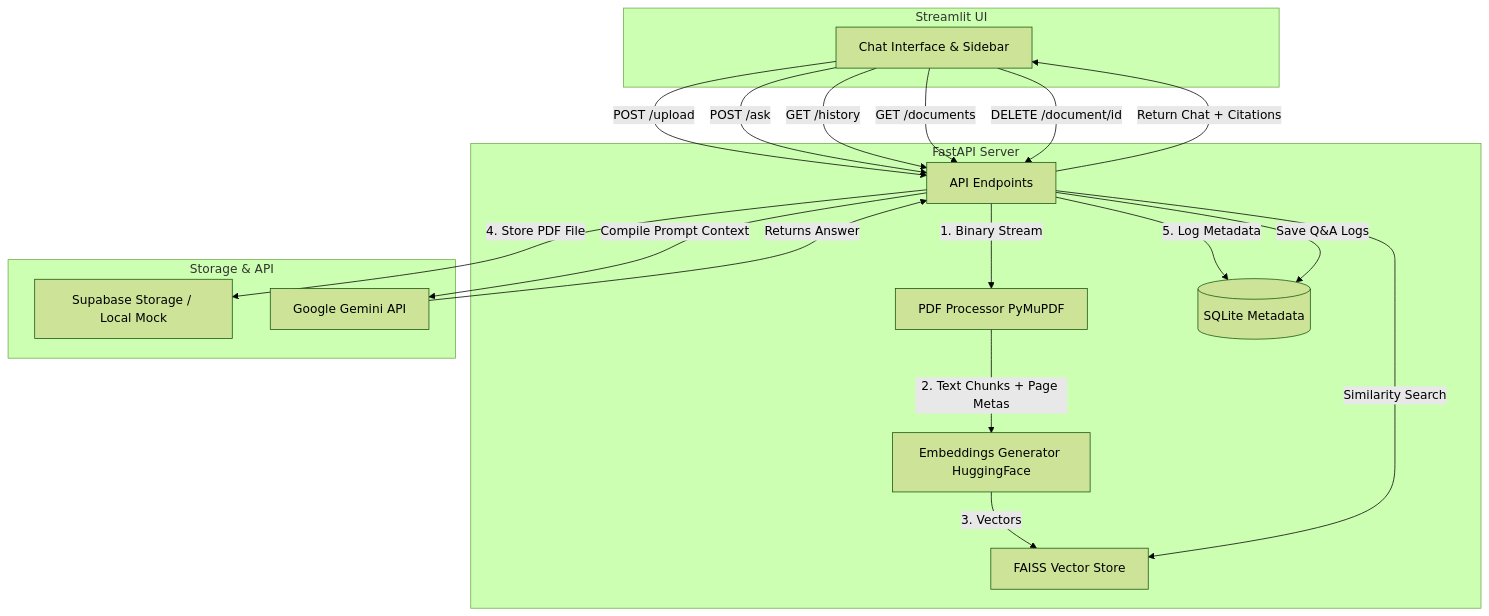
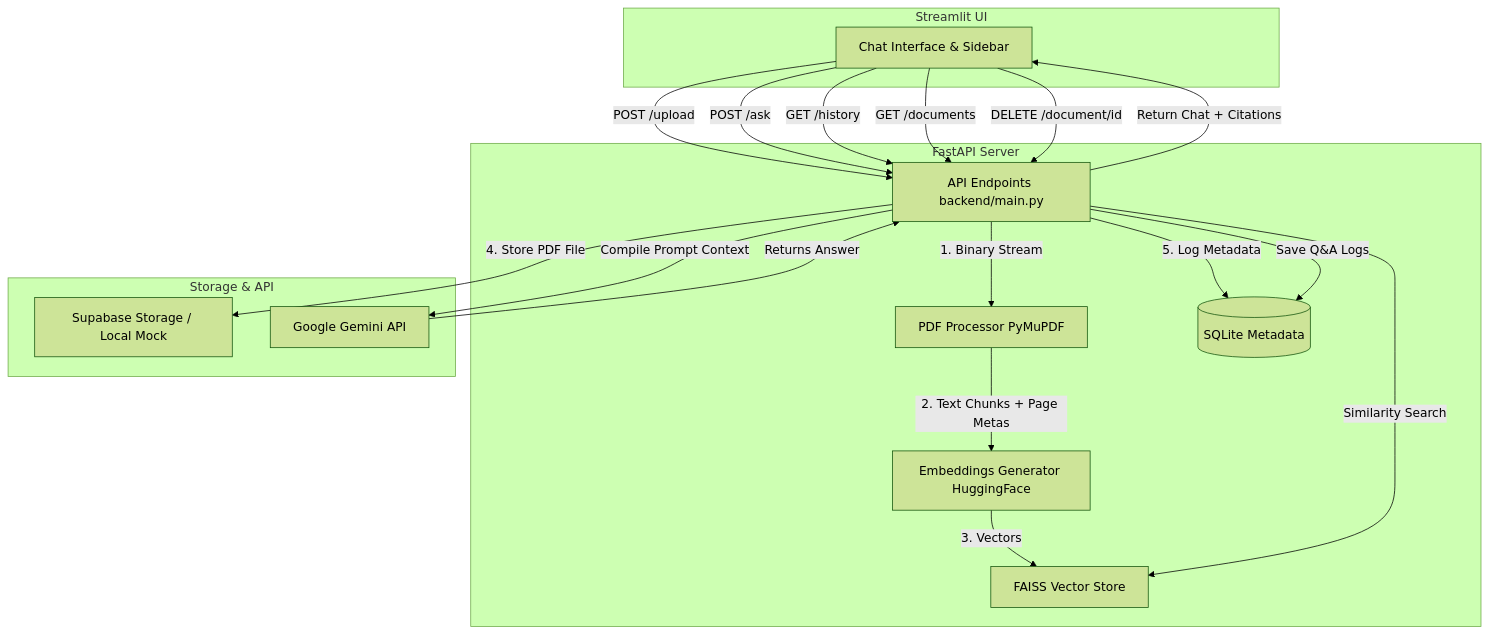
Before and after one commit to Riya-usergit/PDF-Question-Answering-Chatbot: the diagram in README.md, drawn with Mermaid (forest theme). The commit also changed other lines of this file, not shown here.

Commit message:
Update README folder structure for single-file API server

````diff
--- a/README.md
+++ b/README.md
@@ -11,37 +11,37 @@
 ```mermaid
 flowchart TD
     subgraph Frontend [Streamlit UI]
         UI[Chat Interface & Sidebar]
     end
 
     subgraph Backend [FastAPI Server]
-        API[API Endpoints]
+        API[API Endpoints backend/main.py]
         PDF[PDF Processor PyMuPDF]
         Embed[Embeddings Generator HuggingFace]
         FAISS[FAISS Vector Store]
         DB[(SQLite Metadata)]
     end
 
     subgraph External [Storage & API]
         Supabase[Supabase Storage / Local Mock]
         Gemini[Google Gemini API]
     end
 
     UI -->|POST /upload| API
     UI -->|POST /ask| API
     UI -->|GET /history| API
     UI -->|GET /documents| API
     UI -->|DELETE /document/id| API
 
     API -->|1. Binary Stream| PDF
     PDF -->|2. Text Chunks + Page Metas| Embed
     Embed -->|3. Vectors| FAISS
     API -->|4. Store PDF File| Supabase
     API -->|5. Log Metadata| DB
 
     API -->|Similarity Search| FAISS
     API -->|Compile Prompt Context| Gemini
     Gemini -->|Returns Answer| API
     API -->|Save Q&A Logs| DB
     API -->|Return Chat + Citations| UI
 ```
````
